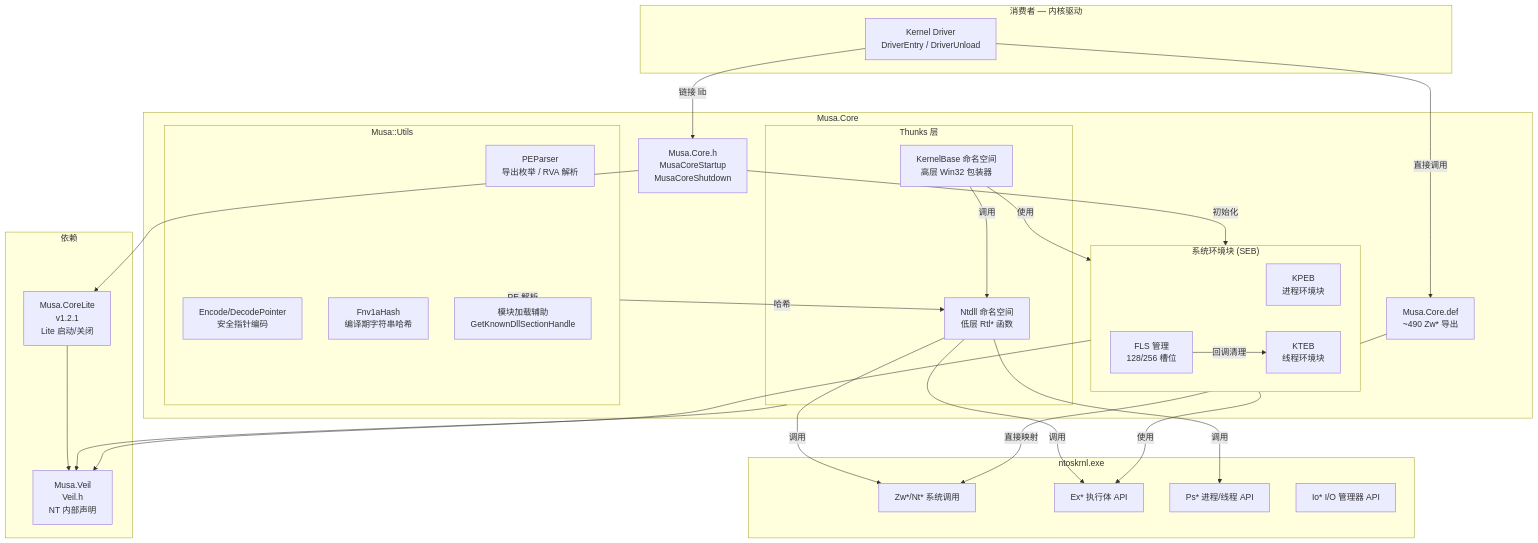
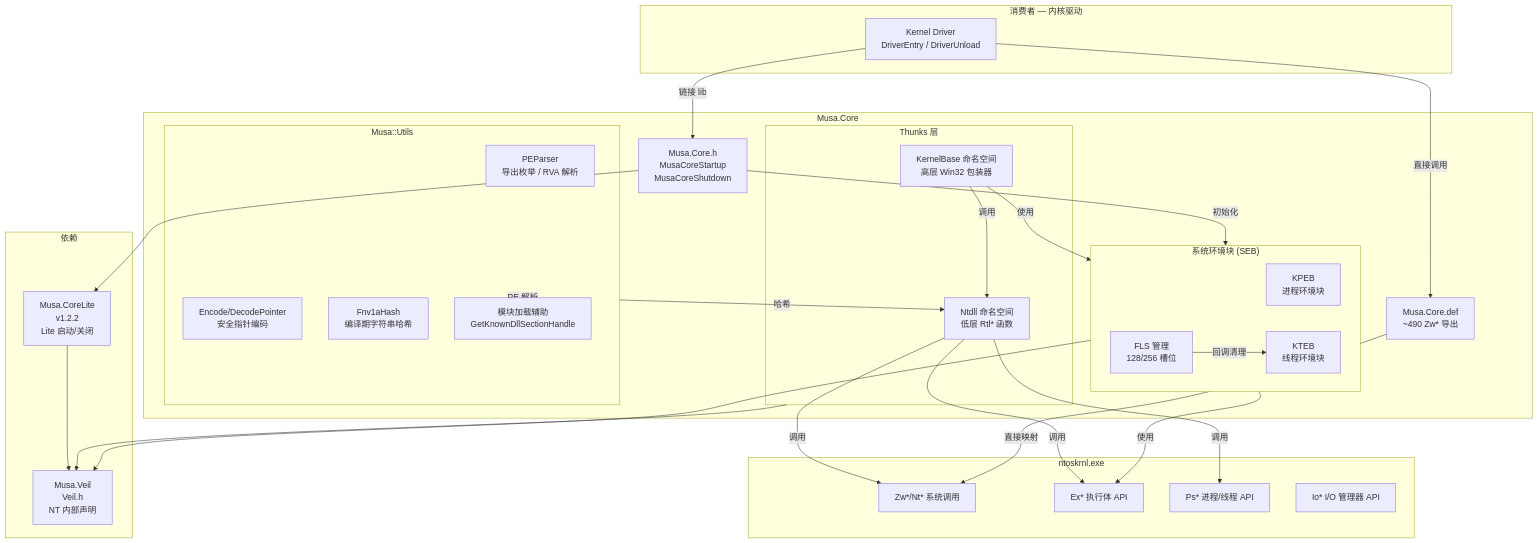
Before and after one commit to MiroKaku/Musa.Core: the first of 5 diagrams in docs/system-architecture.md, drawn with Mermaid. The commit also changed 15 other files, not shown here.

First line of the commit message:
chore: add knowledge graph and bump Musa.CoreLite to v1.2.2

````diff
--- a/docs/system-architecture.md
+++ b/docs/system-architecture.md
@@ -5,65 +5,65 @@
 ```mermaid
 graph TB
     subgraph Consumer["消费者 — 内核驱动"]
         Driver["Kernel Driver<br/>DriverEntry / DriverUnload"]
     end
 
     subgraph MusaCore["Musa.Core"]
         PublicAPI["Musa.Core.h<br/>MusaCoreStartup<br/>MusaCoreShutdown"]
 
         subgraph Thunks["Thunks 层"]
             KB["KernelBase 命名空间<br/>高层 Win32 包装器"]
             NT["Ntdll 命名空间<br/>低层 Rtl* 函数"]
         end
 
         subgraph SEB["系统环境块 (SEB)"]
             KPEB["KPEB<br/>进程环境块"]
             KTEB["KTEB<br/>线程环境块"]
             FLS["FLS 管理<br/>128/256 槽位"]
         end
 
         subgraph Utils["Musa::Utils"]
             PE["PEParser<br/>导出枚举 / RVA 解析"]
             Enc["Encode/DecodePointer<br/>安全指针编码"]
             Hash["Fnv1aHash<br/>编译期字符串哈希"]
             Loader["模块加载辅助<br/>GetKnownDllSectionHandle"]
         end
 
         ZwDef["Musa.Core.def<br/>~490 Zw* 导出"]
     end
 
     subgraph Deps["依赖"]
-        CoreLite["Musa.CoreLite<br/>v1.2.1<br/>Lite 启动/关闭"]
+        CoreLite["Musa.CoreLite<br/>v1.2.2<br/>Lite 启动/关闭"]
         Veil["Musa.Veil<br/>Veil.h<br/>NT 内部声明"]
     end
 
     subgraph Kernel["ntoskrnl.exe"]
         NtAPI["Zw*/Nt* 系统调用"]
         ExAPI["Ex* 执行体 API"]
         PsAPI["Ps* 进程/线程 API"]
         IoAPI["Io* I/O 管理器 API"]
     end
 
     Driver -->|链接 lib| PublicAPI
     PublicAPI --> CoreLite
     PublicAPI -->|初始化| SEB
 
     KB -->|调用| NT
     KB -->|使用| SEB
     NT -->|调用| NtAPI
     NT -->|调用| ExAPI
     NT -->|调用| PsAPI
 
     SEB -->|使用| ExAPI
     FLS -->|回调清理| KTEB
 
     ZwDef -->|直接映射| NtAPI
     Driver -->|直接调用| ZwDef
 
     Utils -->|PE 解析| Loader
     Utils -->|哈希| NT
 
     CoreLite --> Veil
     Thunks --> Veil
     SEB --> Veil
 ```
````
